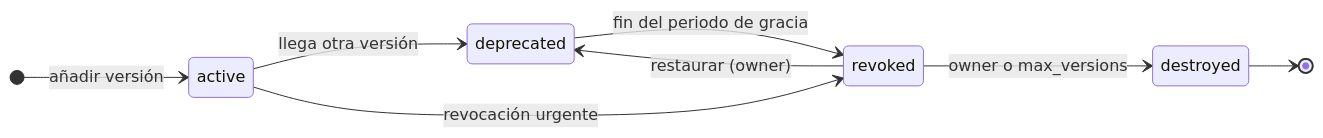
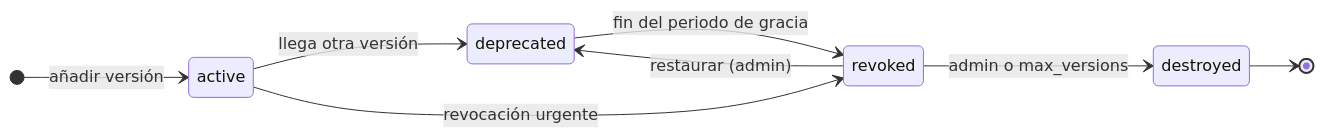
Before and after one commit to xandro30/Cerbero: the sixth of 7 diagrams in docs/hecate.md, drawn with Mermaid. The commit also changed other lines of this file and 57 other files, not shown here.

````diff
--- a/docs/hecate.md
+++ b/docs/hecate.md
@@ -158,11 +158,11 @@
 ```mermaid
 stateDiagram-v2
     direction LR
     [*] --> active: añadir versión
     active --> deprecated: llega otra versión
     deprecated --> revoked: fin del periodo de gracia
     active --> revoked: revocación urgente
-    revoked --> deprecated: restaurar (owner)
-    revoked --> destroyed: owner o max_versions
+    revoked --> deprecated: restaurar (admin)
+    revoked --> destroyed: admin o max_versions
     destroyed --> [*]
 ```
````
